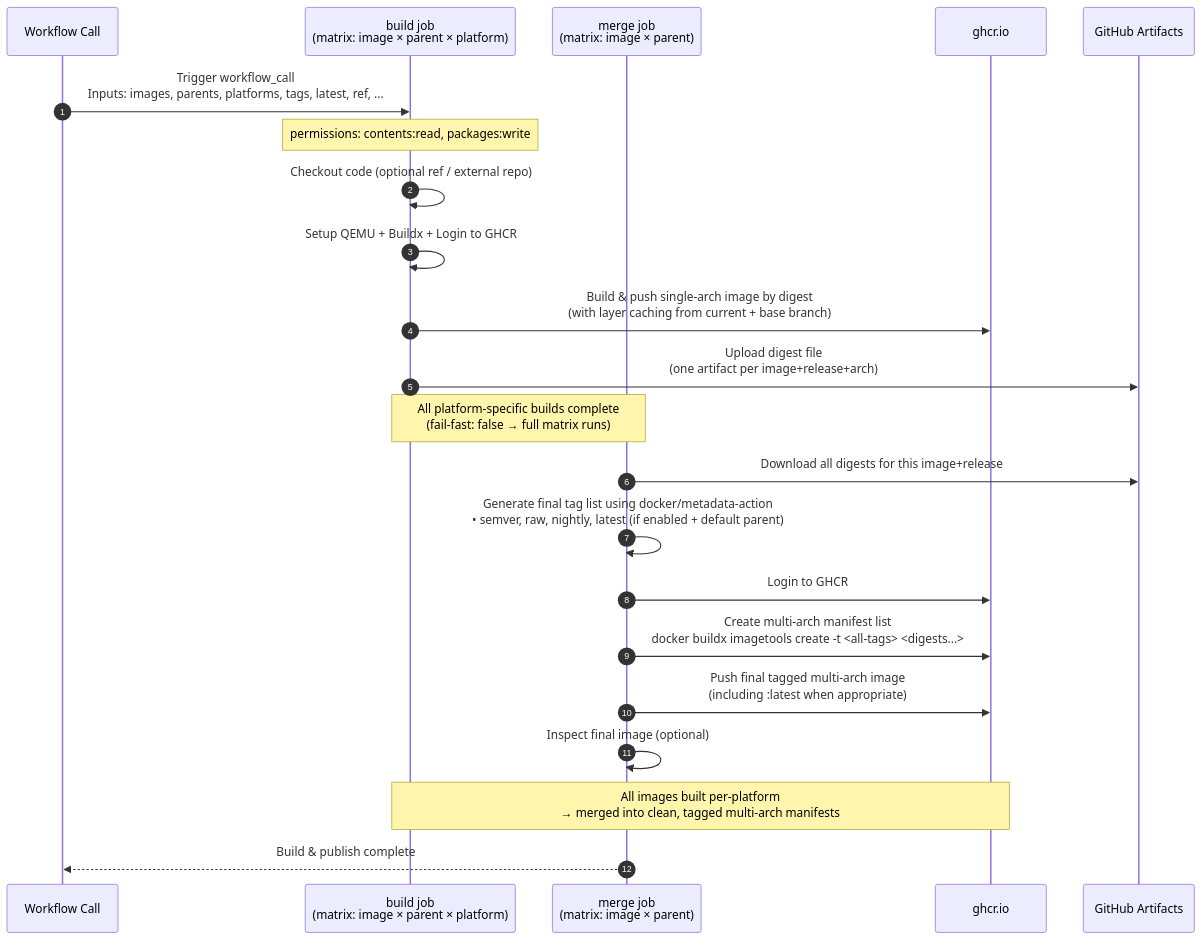
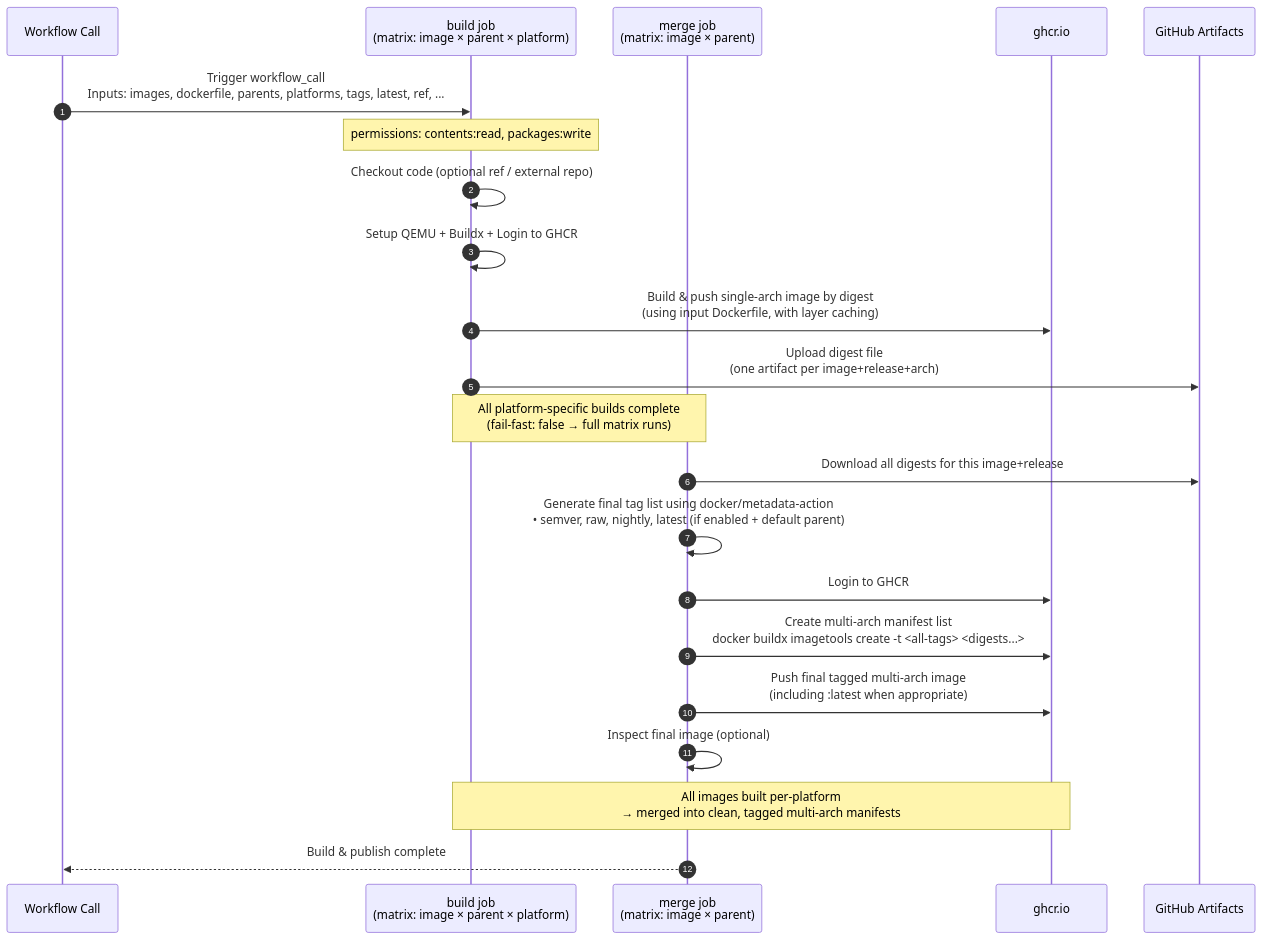
The first of 8 diagrams in README.md (rlaiola/ci-templates), drawn with Mermaid before and after one commit.

````diff
--- a/README.md
+++ b/README.md
@@ -47,36 +47,36 @@
 ```mermaid
 sequenceDiagram
     autonumber
     participant W as Workflow Call
     participant B as build job<br>(matrix: image × parent × platform)
     participant M as merge job<br>(matrix: image × parent)
     participant GHCR as ghcr.io
     participant Artifacts as GitHub Artifacts
 
-    W->>B: Trigger workflow_call<br>Inputs: images, parents, platforms, tags, latest, ref, ...
+    W->>B: Trigger workflow_call<br>Inputs: images, dockerfile, parents, platforms, tags, latest, ref, ...
 
     Note over B: permissions: contents:read, packages:write
 
     B->>B: Checkout code (optional ref / external repo)
     B->>B: Setup QEMU + Buildx + Login to GHCR
 
-    B->>GHCR: Build & push single-arch image by digest<br>(with layer caching from current + base branch)
+    B->>GHCR: Build & push single-arch image by digest<br>(using input Dockerfile, with layer caching)
 
     B->>Artifacts: Upload digest file<br>(one artifact per image+release+arch)
 
     Note over B,M: All platform-specific builds complete<br>(fail-fast: false → full matrix runs)
 
     M->>Artifacts: Download all digests for this image+release
     M->>M: Generate final tag list using docker/metadata-action<br>• semver, raw, nightly, latest (if enabled + default parent)
 
     M->>GHCR: Login to GHCR
     M->>GHCR: Create multi-arch manifest list<br>docker buildx imagetools create -t <all-tags> <digests...>
 
     M->>GHCR: Push final tagged multi-arch image<br>(including :latest when appropriate)
 
     M->>M: Inspect final image (optional)
 
     Note over B,GHCR: All images built per-platform<br>→ merged into clean, tagged multi-arch manifests
 
     M-->>W: Build & publish complete
 ```
````
